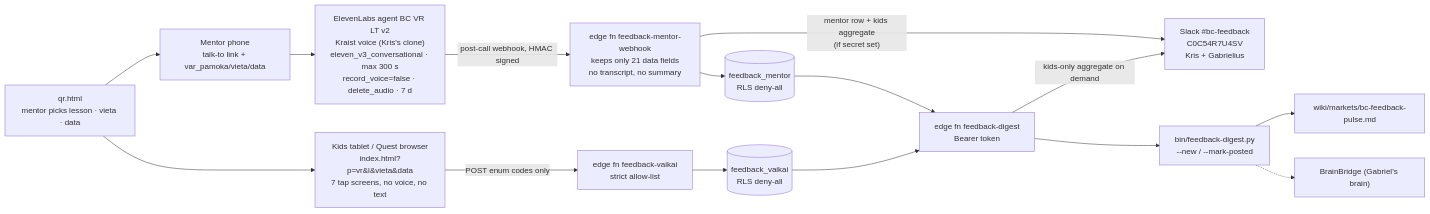
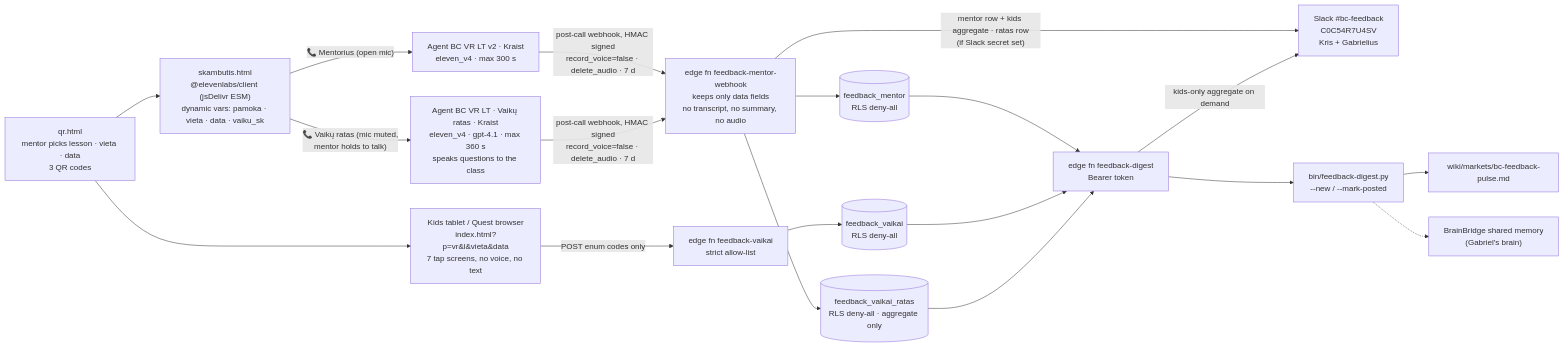
The diagram in docs/ARCHITECTURE.md (KrisVas333/bc-feedback), drawn with Mermaid before and after one commit. The commit also changed other lines of this file and 15 other files, not shown here.

First line of the commit message:
v3: Vaikų ratas voice call + skambutis.html call page, eleven_v4 for all agents

````diff
--- a/docs/ARCHITECTURE.md
+++ b/docs/ARCHITECTURE.md
@@ -5,16 +11,18 @@
 ```mermaid
 flowchart LR
-  QR["qr.html<br/>mentor picks lesson · vieta · data"] --> M["Mentor phone<br/>talk-to link + var_pamoka/vieta/data"]
+  QR["qr.html<br/>mentor picks lesson · vieta · data<br/>3 QR codes"] --> CALL["skambutis.html<br/>@elevenlabs/client (jsDelivr ESM)<br/>dynamic vars: pamoka · vieta · data · vaiku_sk"]
   QR --> K["Kids tablet / Quest browser<br/>index.html?p=vr&l&vieta&data<br/>7 tap screens, no voice, no text"]
-  M --> EL["ElevenLabs agent BC VR LT v2<br/>Kraist voice (Kris's clone)<br/>eleven_v3_conversational · max 300 s<br/>record_voice=false · delete_audio · 7 d"]
-  EL -- "post-call webhook, HMAC signed" --> W["edge fn feedback-mentor-webhook<br/>keeps only 21 data fields<br/>no transcript, no summary"]
+  CALL -- "📞 Mentorius (open mic)" --> EM["Agent BC VR LT v2 · Kraist<br/>eleven_v4 · max 300 s"]
+  CALL -- "📞 Vaikų ratas (mic muted,<br/>mentor holds to talk)" --> ER["Agent BC VR LT · Vaikų ratas · Kraist<br/>eleven_v4 · gpt-4.1 · max 360 s<br/>speaks questions to the class"]
+  EM & ER -- "post-call webhook, HMAC signed<br/>record_voice=false · delete_audio · 7 d" --> W["edge fn feedback-mentor-webhook<br/>keeps only data fields<br/>no transcript, no summary, no audio"]
   K -- "POST enum codes only" --> V["edge fn feedback-vaikai<br/>strict allow-list"]
   W --> T1[("feedback_mentor<br/>RLS deny-all")]
+  W --> T3[("feedback_vaikai_ratas<br/>RLS deny-all · aggregate only")]
   V --> T2[("feedback_vaikai<br/>RLS deny-all")]
-  W -- "mentor row + kids aggregate<br/>(if secret set)" --> S["Slack #bc-feedback<br/>C0C54R7U4SV<br/>Kris + Gabrielius"]
-  T1 & T2 --> D["edge fn feedback-digest<br/>Bearer token"]
+  W -- "mentor row + kids aggregate · ratas row<br/>(if Slack secret set)" --> S["Slack #bc-feedback<br/>C0C54R7U4SV<br/>Kris + Gabrielius"]
+  T1 & T2 & T3 --> D["edge fn feedback-digest<br/>Bearer token"]
   D -- "kids-only aggregate on demand" --> S
   D --> PY["bin/feedback-digest.py<br/>--new / --mark-posted"]
   PY --> P["wiki/markets/bc-feedback-pulse.md"]
-  PY -.-> BB["BrainBridge (Gabriel's brain)"]
+  PY -.-> BB["BrainBridge shared memory<br/>(Gabriel's brain)"]
 ```
````
